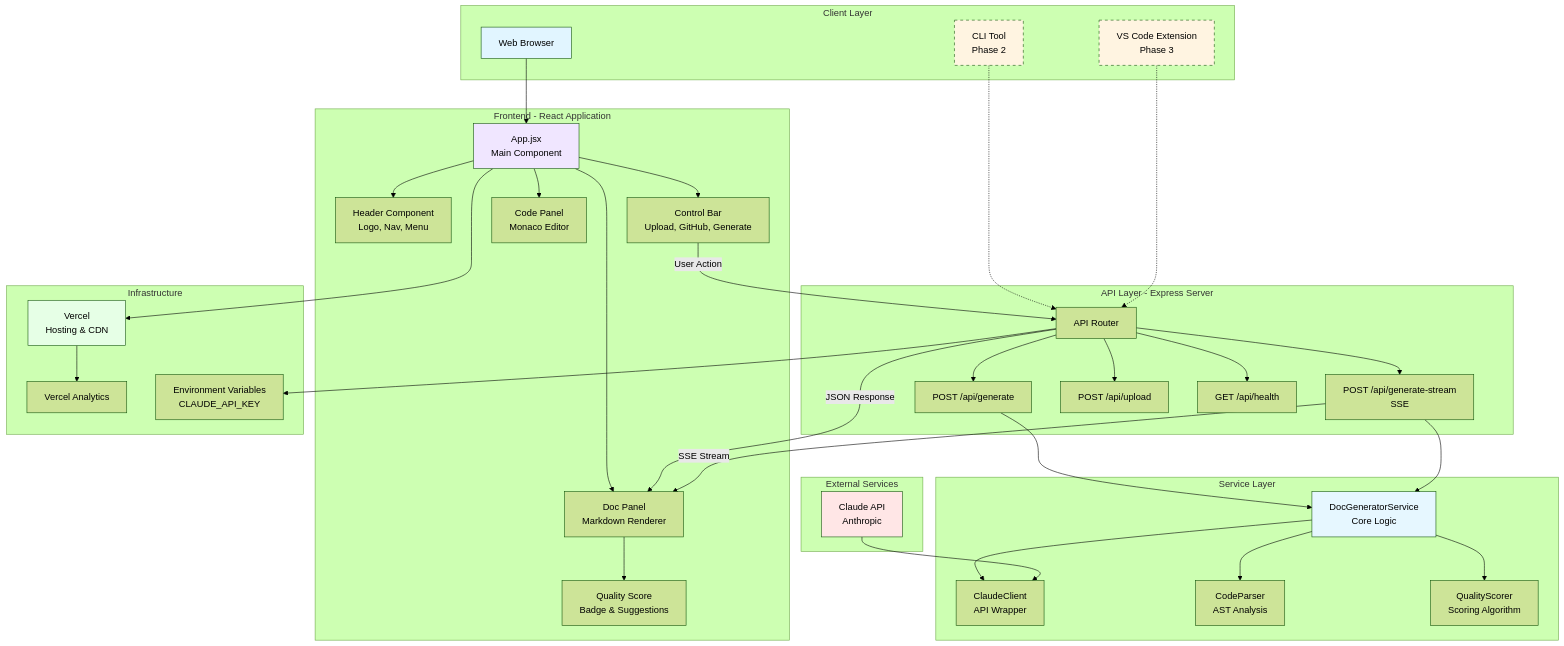
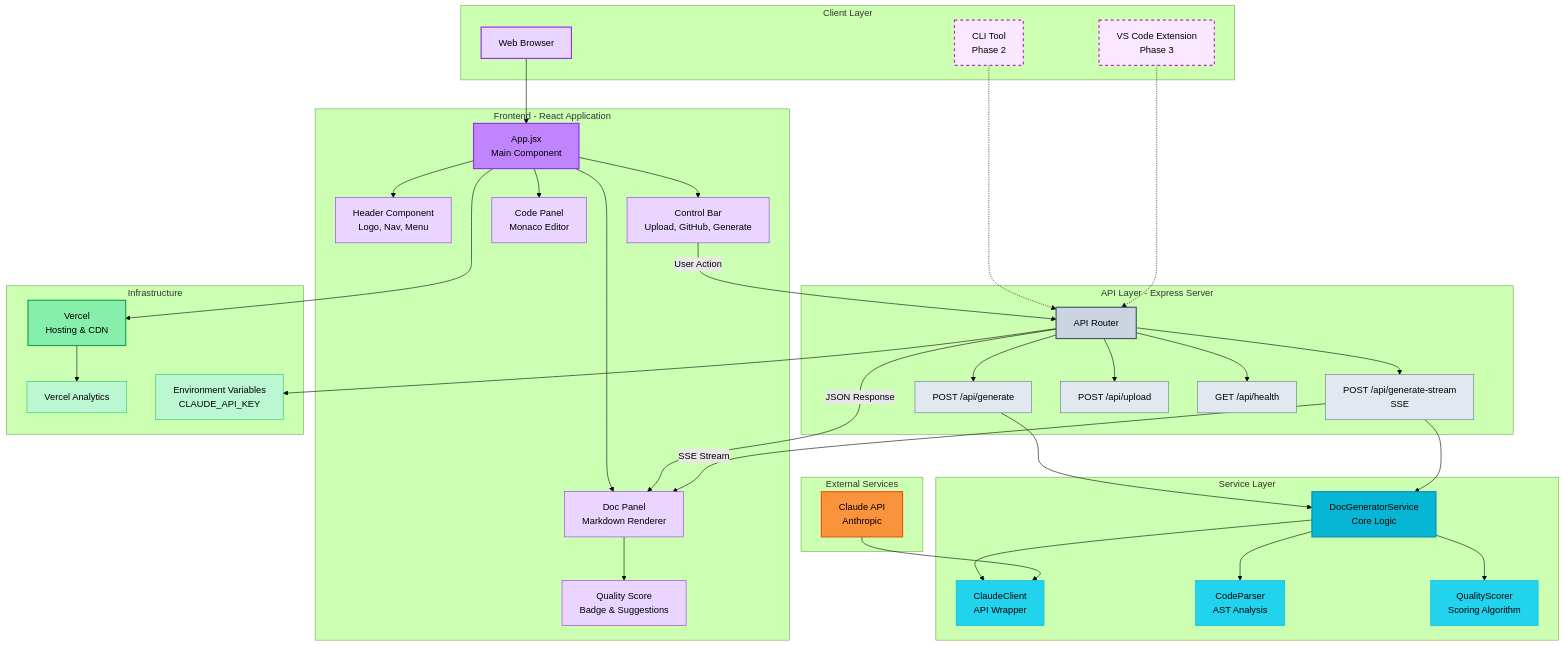
One commit to jmcoleman/codescribe-ai changed the diagram in docs/architecture/04-Architecture.md. Above: the diagram before and after it, drawn with Mermaid (forest theme).

Commit message:
apply brand style to mermaid diagram

```diff
--- a/docs/architecture/04-Architecture.md
+++ b/docs/architecture/04-Architecture.md
@@ -76,15 +76,30 @@
     App --> Vercel
     Vercel --> Analytics
     Router --> Env
-    
-    style Browser fill:#e1f5ff
-    style CLI fill:#fff4e1
-    style VSCode fill:#fff4e1
-    style App fill:#f0e6ff
-    style DocGen fill:#e6f7ff
-    style Claude fill:#ffe6e6
-    style Vercel fill:#e6ffe6
-    
+
+    style Browser fill:#e9d5ff,stroke:#9333ea,stroke-width:2px
+    style CLI fill:#fae8ff,stroke:#c026d3,stroke-width:2px
+    style VSCode fill:#fae8ff,stroke:#c026d3,stroke-width:2px
+    style App fill:#c084fc,stroke:#9333ea,stroke-width:2px
+    style Header fill:#e9d5ff,stroke:#9333ea
+    style ControlBar fill:#e9d5ff,stroke:#9333ea
+    style CodePanel fill:#e9d5ff,stroke:#9333ea
+    style DocPanel fill:#e9d5ff,stroke:#9333ea
+    style QualityScore fill:#e9d5ff,stroke:#9333ea
+    style Router fill:#cbd5e1,stroke:#475569,stroke-width:2px
+    style GenerateRoute fill:#e2e8f0,stroke:#64748b
+    style StreamRoute fill:#e2e8f0,stroke:#64748b
+    style UploadRoute fill:#e2e8f0,stroke:#64748b
+    style HealthRoute fill:#e2e8f0,stroke:#64748b
+    style DocGen fill:#06b6d4,stroke:#0891b2,stroke-width:2px
+    style ClaudeClient fill:#22d3ee,stroke:#06b6d4
+    style CodeParser fill:#22d3ee,stroke:#06b6d4
+    style QualityScorer fill:#22d3ee,stroke:#06b6d4
+    style Claude fill:#fb923c,stroke:#ea580c,stroke-width:2px
+    style Vercel fill:#86efac,stroke:#16a34a,stroke-width:2px
+    style Analytics fill:#bbf7d0,stroke:#22c55e
+    style Env fill:#bbf7d0,stroke:#22c55e
+
     classDef phase2 stroke-dasharray: 5 5
     classDef phase3 stroke-dasharray: 5 5
     class CLI phase2
```
